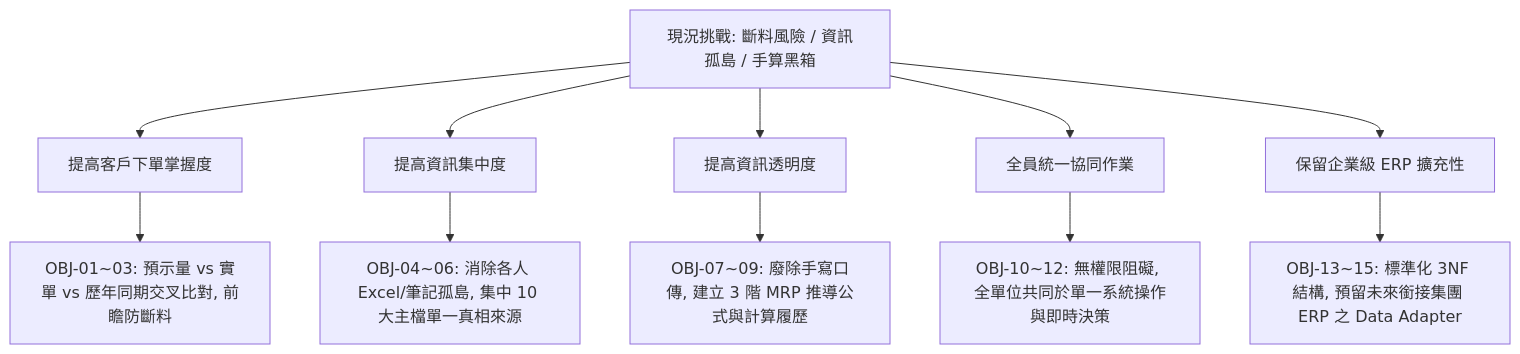
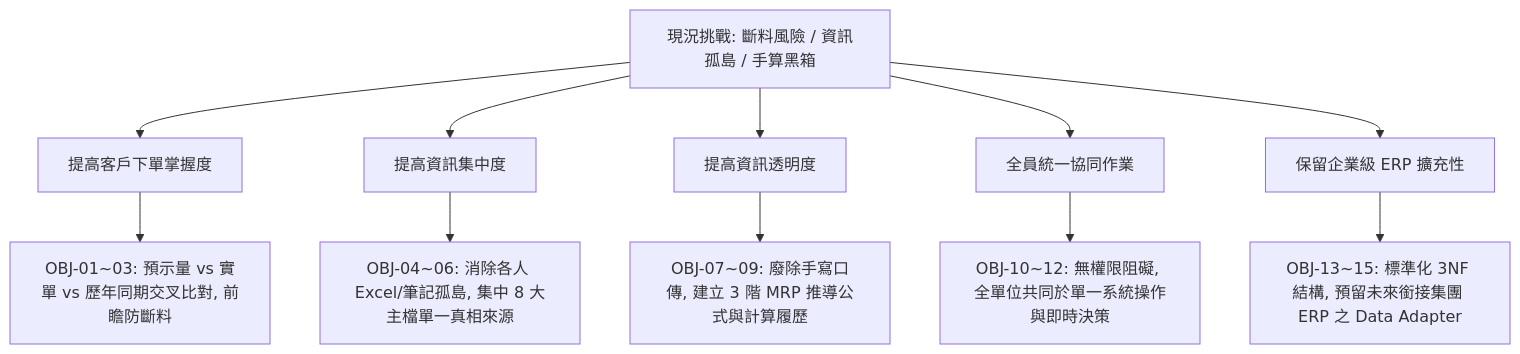
The diagram in docs/PMS_Business_Requirements_Document.md (Chun-Chieh-Chang/Predictive-Material-System), drawn with Mermaid before and after one commit. The commit also changed other lines of this file and 5 other files, not shown here.

````diff
--- a/docs/PMS_Business_Requirements_Document.md
+++ b/docs/PMS_Business_Requirements_Document.md
@@ -23,14 +23,14 @@
 ```mermaid
 graph TD
     A[現況挑戰: 斷料風險 / 資訊孤島 / 手算黑箱] --> B1[提高客戶下單掌握度]
     A --> B2[提高資訊集中度]
     A --> B3[提高資訊透明度]
     A --> B4[全員統一協同作業]
     A --> B5[保留企業級 ERP 擴充性]
 
     B1 --> C1[OBJ-01~03: 預示量 vs 實單 vs 歷年同期交叉比對, 前瞻防斷料]
-    B2 --> C2[OBJ-04~06: 消除各人 Excel/筆記孤島, 集中 10 大主檔單一真相來源]
+    B2 --> C2[OBJ-04~06: 消除各人 Excel/筆記孤島, 集中 8 大主檔單一真相來源]
     B3 --> C3[OBJ-07~09: 廢除手寫口傳, 建立 3 階 MRP 推導公式與計算履歷]
     B4 --> C4[OBJ-10~12: 無權限阻礙, 全單位共同於單一系統操作與即時決策]
     B5 --> C5[OBJ-13~15: 標準化 3NF 結構, 預留未來銜接集團 ERP 之 Data Adapter]
 ```
````
